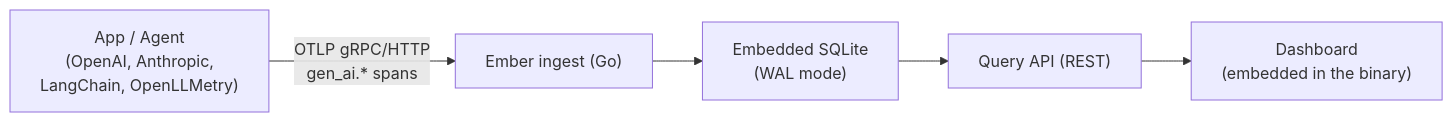
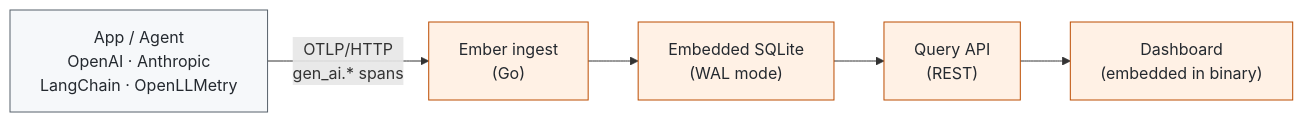
The diagram in README.md (Saksham-Goswami-11/EMBER-LLM-OBSERVABILITY-TOOL), drawn with Mermaid before and after one commit. The commit also changed other lines of this file, not shown here.

````diff
--- a/README.md
+++ b/README.md
@@ -100,7 +201,16 @@
 ```mermaid
 flowchart LR
-  A["App / Agent\n(OpenAI, Anthropic,\nLangChain, OpenLLMetry)"] -->|"OTLP gRPC/HTTP\ngen_ai.* spans"| B["Ember ingest (Go)"]
-  B --> C["Embedded SQLite\n(WAL mode)"]
-  C --> D["Query API (REST)"]
-  D --> E["Dashboard\n(embedded in the binary)"]
+  A["App / Agent<br/>OpenAI · Anthropic<br/>LangChain · OpenLLMetry"]
+  B["Ember ingest<br/>(Go)"]
+  C["Embedded SQLite<br/>(WAL mode)"]
+  D["Query API<br/>(REST)"]
+  E["Dashboard<br/>(embedded in binary)"]
+
+  A -->|"OTLP/HTTP<br/>gen_ai.* spans"| B --> C --> D --> E
+
+  style A fill:#f6f8fa,stroke:#57606a,color:#24292f
+  style B fill:#fff1e5,stroke:#bc4c00,color:#24292f
+  style C fill:#fff1e5,stroke:#bc4c00,color:#24292f
+  style D fill:#fff1e5,stroke:#bc4c00,color:#24292f
+  style E fill:#fff1e5,stroke:#bc4c00,color:#24292f
 ```
````
